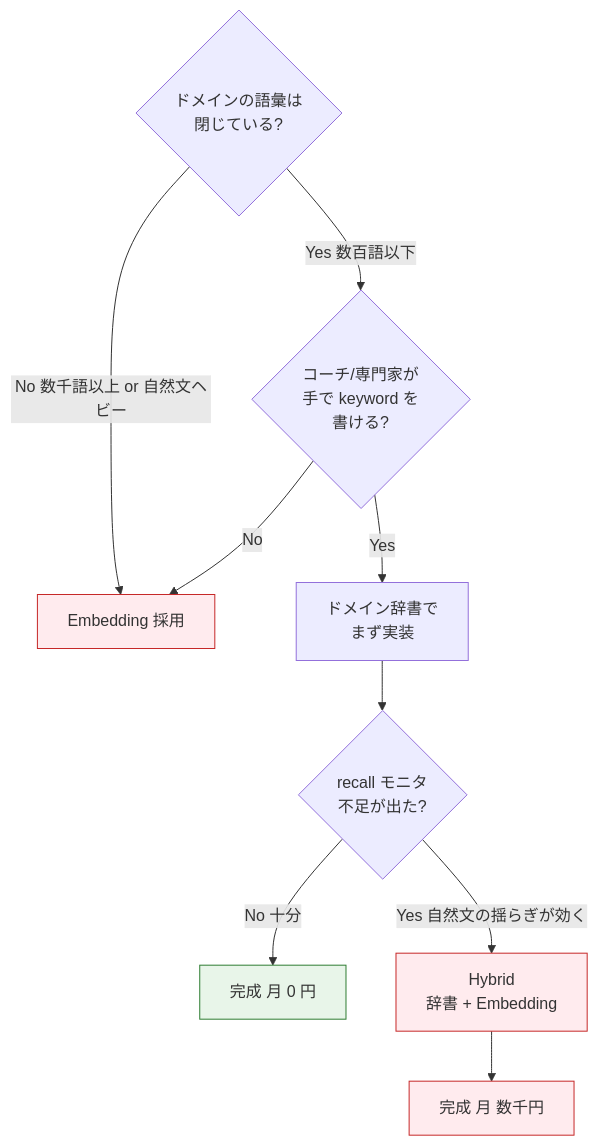
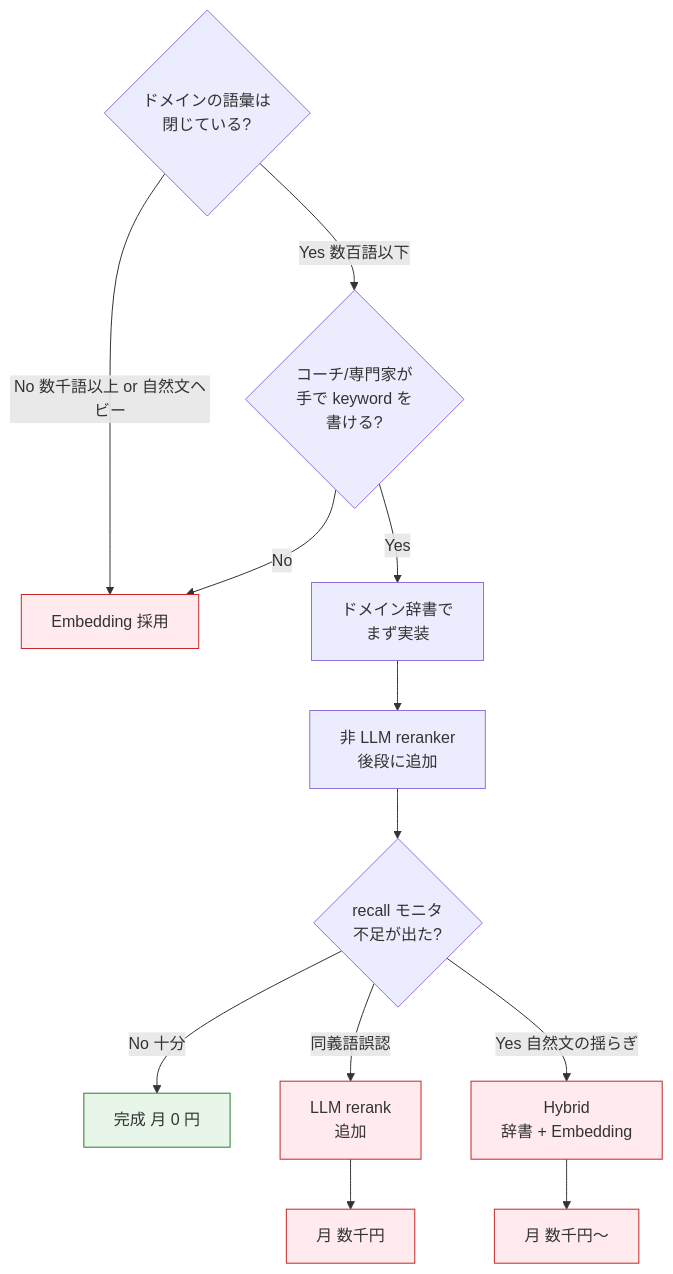
Before and after one commit to SakakitaniJunya/zenn-articles: the fourth of 4 diagrams in articles/rag-without-pgvector.md, drawn with Mermaid. The commit also changed other lines of this file, not shown here.

````diff
--- a/articles/rag-without-pgvector.md
+++ b/articles/rag-without-pgvector.md
@@ -975,20 +1062,23 @@
 ```mermaid
 flowchart TB
     Q1{ドメインの語彙は<br/>閉じている?}
     Q1 -->|Yes 数百語以下| Q2{コーチ/専門家が<br/>手で keyword を<br/>書ける?}
     Q1 -->|No 数千語以上 or 自然文ヘビー| EMB[Embedding 採用]
 
     Q2 -->|Yes| DICT[ドメイン辞書で<br/>まず実装]
     Q2 -->|No| EMB
 
-    DICT --> M{recall モニタ<br/>不足が出た?}
+    DICT --> RR[非 LLM reranker<br/>後段に追加]
+    RR --> M{recall モニタ<br/>不足が出た?}
     M -->|No 十分| DONE[完成 月 0 円]
-    M -->|Yes 自然文の揺らぎが効く| HYBRID[Hybrid<br/>辞書 + Embedding]
+    M -->|同義語誤認| LLMR[LLM rerank<br/>追加]
+    M -->|Yes 自然文の揺らぎ| HYBRID[Hybrid<br/>辞書 + Embedding]
 
-    HYBRID --> DONE2[完成 月 数千円]
+    LLMR --> DONE3[月 数千円]
+    HYBRID --> DONE2[月 数千円〜]
 
     classDef good fill:#e8f5e9,stroke:#2e7d32
     classDef cost fill:#ffebee,stroke:#c62828
     class DONE good
-    class EMB,HYBRID,DONE2 cost
+    class EMB,HYBRID,DONE2,LLMR,DONE3 cost
 ```
````
